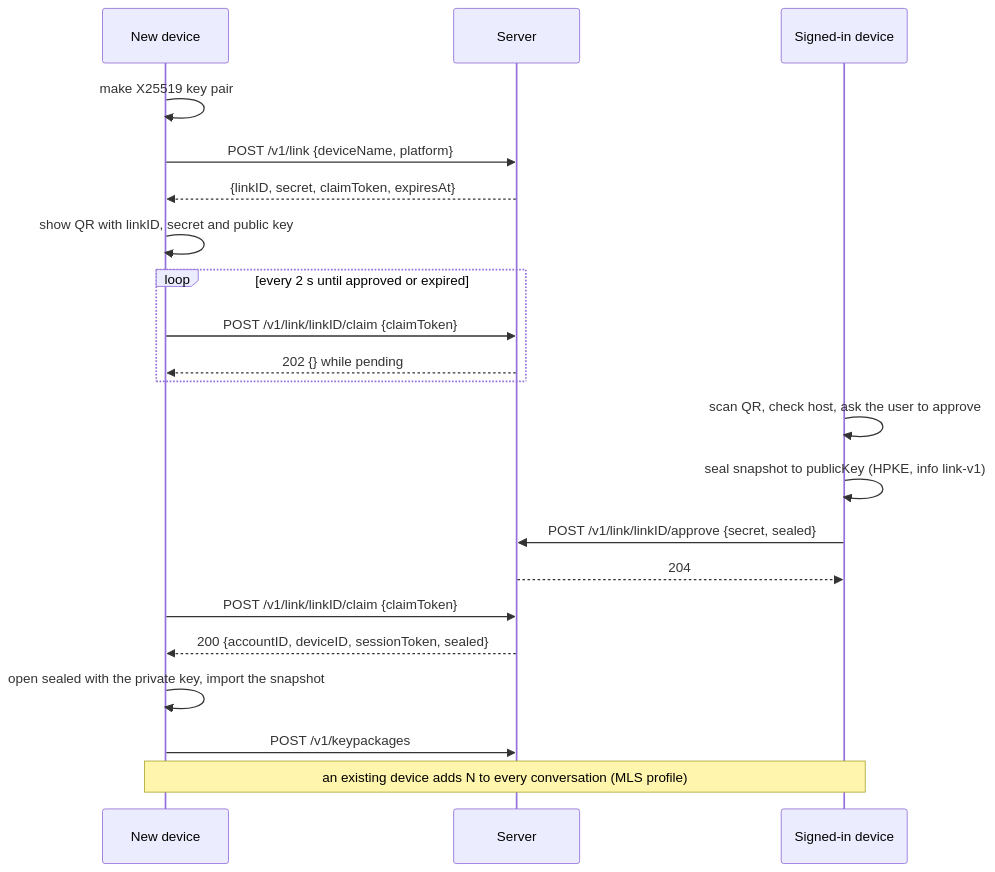
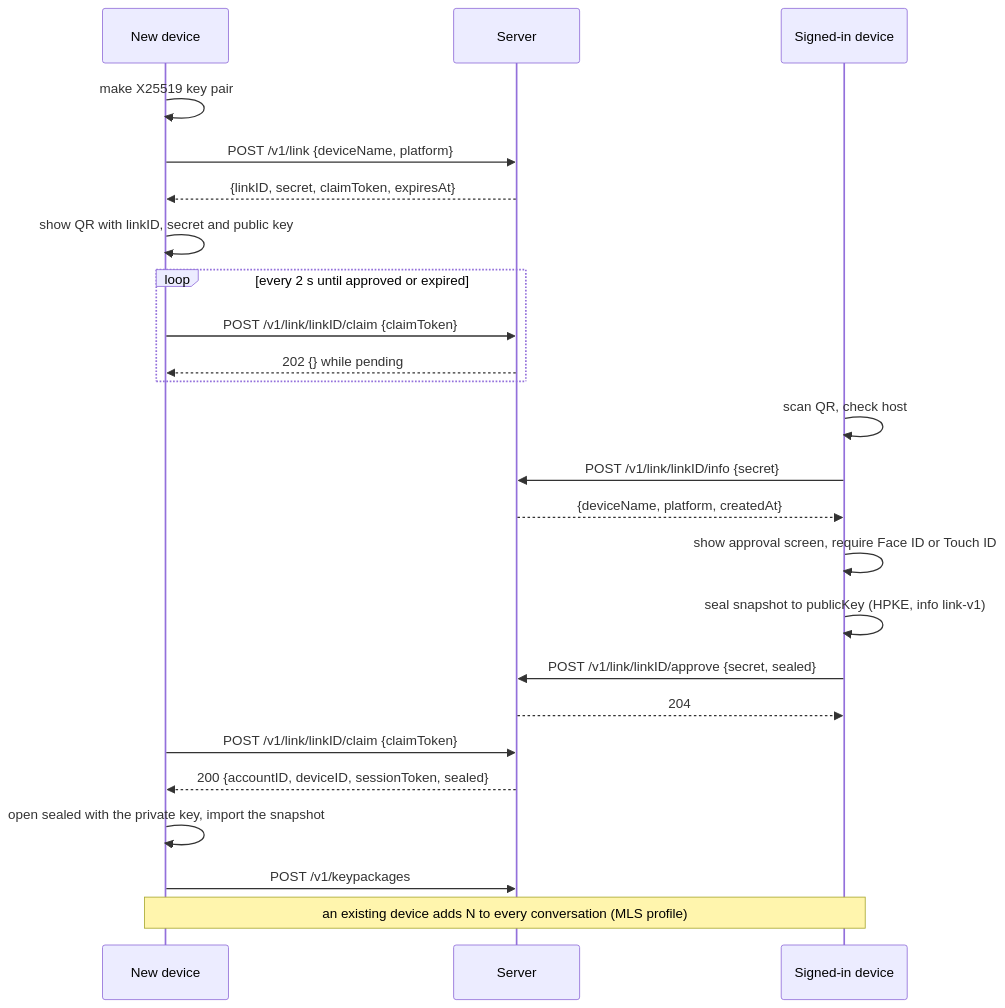
The diagram in docs/protocol/device-linking.md (drag0n-flyer/myApp), drawn with Mermaid before and after one commit. The commit also changed other lines of this file and 4 other files, not shown here.

````diff
--- a/docs/protocol/device-linking.md
+++ b/docs/protocol/device-linking.md
@@ -20,24 +20,27 @@
 ```mermaid
 sequenceDiagram
     participant N as New device
     participant S as Server
     participant A as Signed-in device
 
     N->>N: make X25519 key pair
     N->>S: POST /v1/link {deviceName, platform}
     S-->>N: {linkID, secret, claimToken, expiresAt}
     N->>N: show QR with linkID, secret and public key
     loop every 2 s until approved or expired
         N->>S: POST /v1/link/linkID/claim {claimToken}
         S-->>N: 202 {} while pending
     end
-    A->>A: scan QR, check host, ask the user to approve
+    A->>A: scan QR, check host
+    A->>S: POST /v1/link/linkID/info {secret}
+    S-->>A: {deviceName, platform, createdAt}
+    A->>A: show approval screen, require Face ID or Touch ID
     A->>A: seal snapshot to publicKey (HPKE, info link-v1)
     A->>S: POST /v1/link/linkID/approve {secret, sealed}
     S-->>A: 204
     N->>S: POST /v1/link/linkID/claim {claimToken}
     S-->>N: 200 {accountID, deviceID, sessionToken, sealed}
     N->>N: open sealed with the private key, import the snapshot
     N->>S: POST /v1/keypackages
     Note over A,N: an existing device adds N to every conversation (MLS profile)
 ```
````
